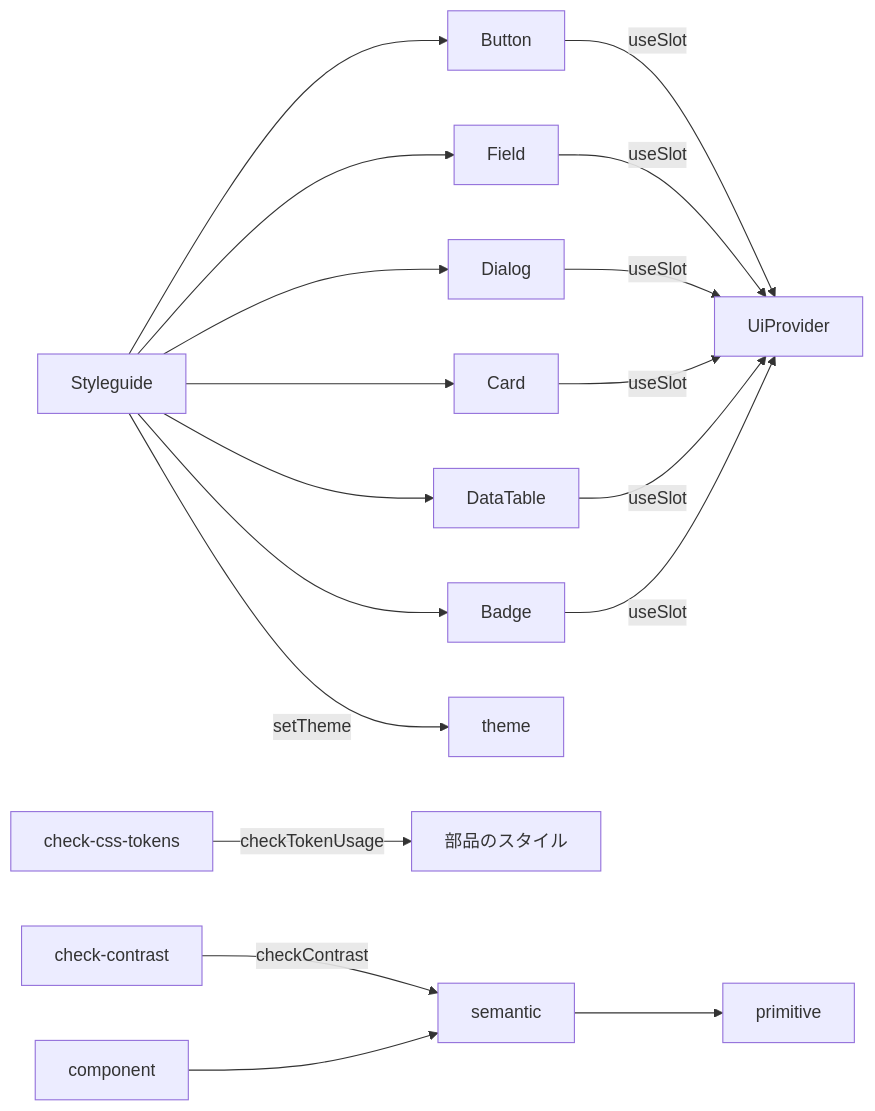
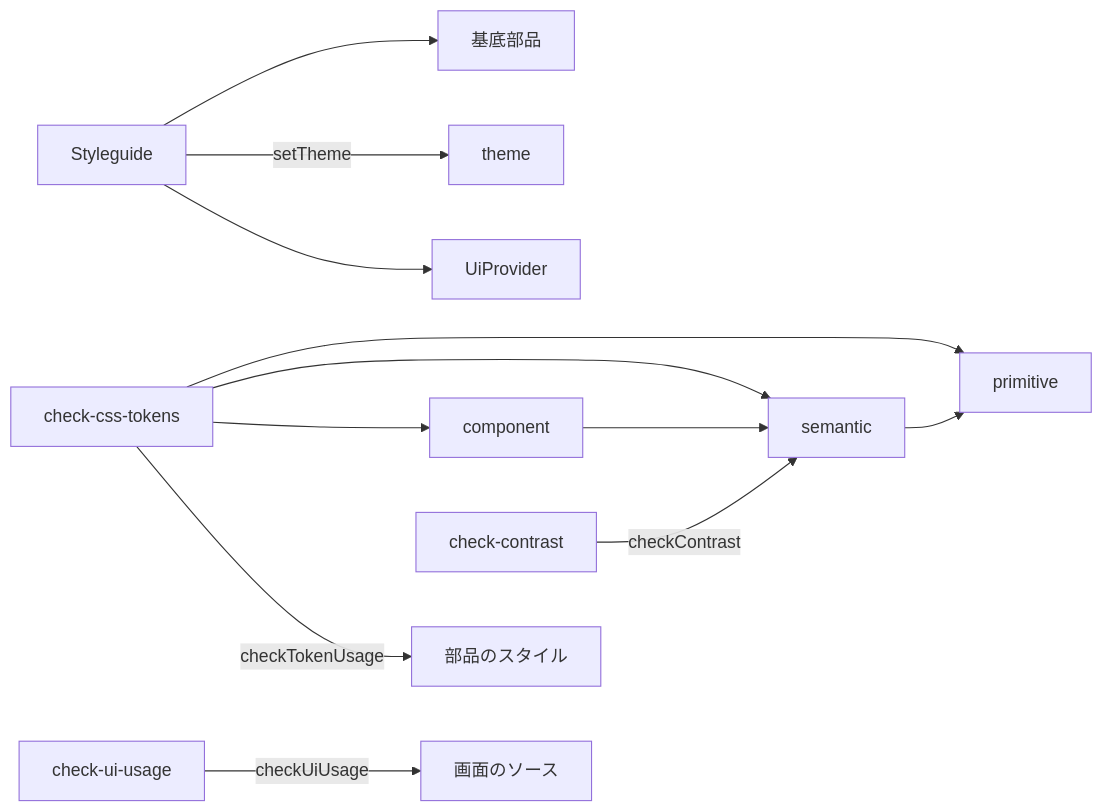
The second of 3 diagrams in specs/ui-foundation/design.md (nllacc/shinchoku-chan), drawn with Mermaid before and after one commit. The commit also changed other lines of this file and 44 other files, not shown here.

````diff
--- a/specs/ui-foundation/design.md
+++ b/specs/ui-foundation/design.md
@@ -26,20 +53,14 @@
 ```mermaid
 flowchart LR
-  Button -->|useSlot| UiProvider
-  Field -->|useSlot| UiProvider
-  Dialog -->|useSlot| UiProvider
-  Card -->|useSlot| UiProvider
-  DataTable -->|useSlot| UiProvider
-  Badge -->|useSlot| UiProvider
-  Styleguide --> Button
-  Styleguide --> Dialog
-  Styleguide --> Field
-  Styleguide --> Card
-  Styleguide --> DataTable
-  Styleguide --> Badge
+  Styleguide --> ext_parts["基底部品"]
   Styleguide -->|setTheme| theme
+  Styleguide --> UiProvider
+  tokenCheck --> primitive
+  tokenCheck --> semantic
+  tokenCheck --> component
   tokenCheck["check-css-tokens"] -->|checkTokenUsage| ext_css["部品のスタイル"]
+  usageCheck["check-ui-usage"] -->|checkUiUsage| ext_screens["画面のソース"]
   contrast["check-contrast"] -->|checkContrast| semantic
   semantic --> primitive
   component --> semantic
 ```
````
